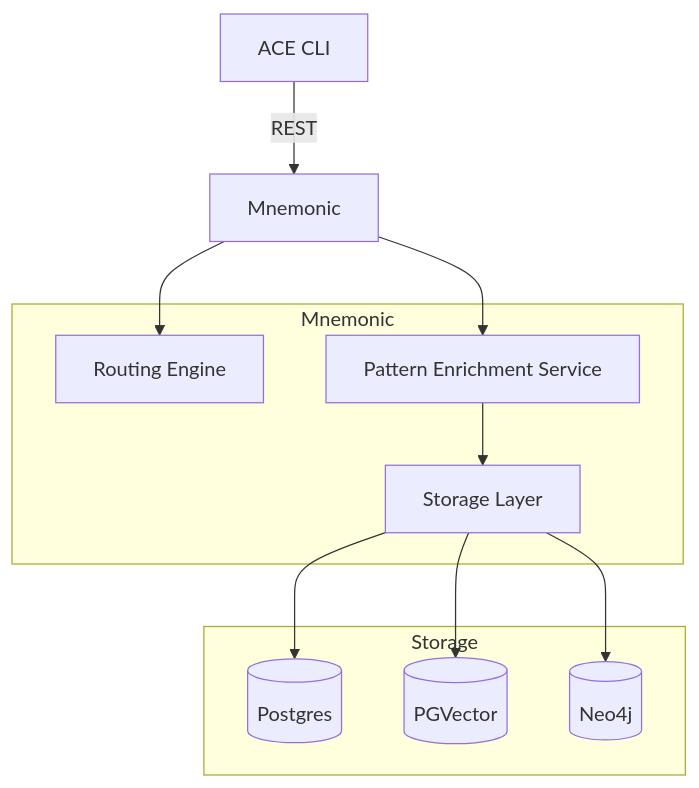
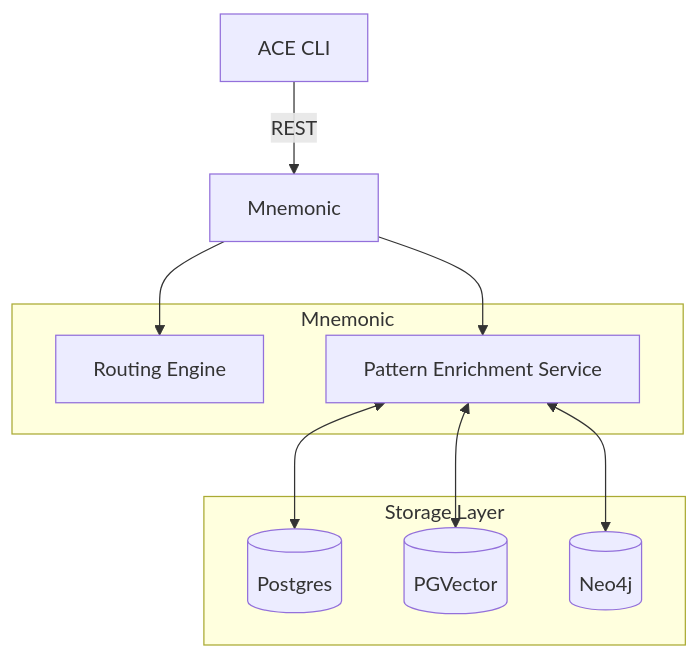
Before and after one commit to twistingmercury/mnemonic-mcp: the third of 5 diagrams in docs/architecture/02-architectural-decisions.md, drawn with Mermaid. The commit also changed other lines of this file and 18 other files, not shown here.

````diff
--- a/docs/architecture/02-architectural-decisions.md
+++ b/docs/architecture/02-architectural-decisions.md
@@ -186,23 +186,21 @@
 ```mermaid
 graph TB
     CLI[ACE CLI] -->|"REST"| MN[Mnemonic]
 
     subgraph "Mnemonic"
         ROUTE[Routing Engine]
         PATTERN[Pattern Enrichment Service]
-        STORAGE[Storage Layer]
     end
 
-    subgraph "Storage"
+    subgraph "Storage Layer"
         PG[(Postgres)]
         PGV[(PGVector)]
         NEO[(Neo4j)]
     end
 
     MN --> ROUTE
     MN --> PATTERN
-    PATTERN --> STORAGE
-    STORAGE --> PG
-    STORAGE --> PGV
-    STORAGE --> NEO
+    PATTERN <--> PG
+    PATTERN <--> PGV
+    PATTERN <--> NEO
 ```
````
